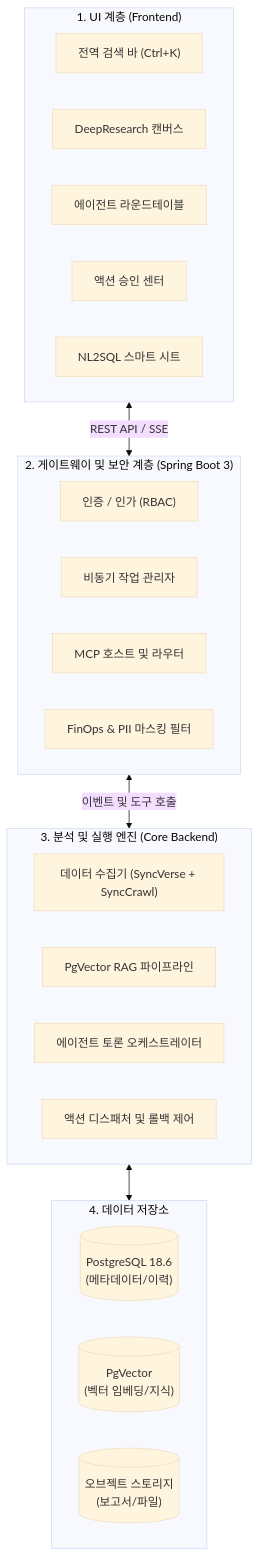
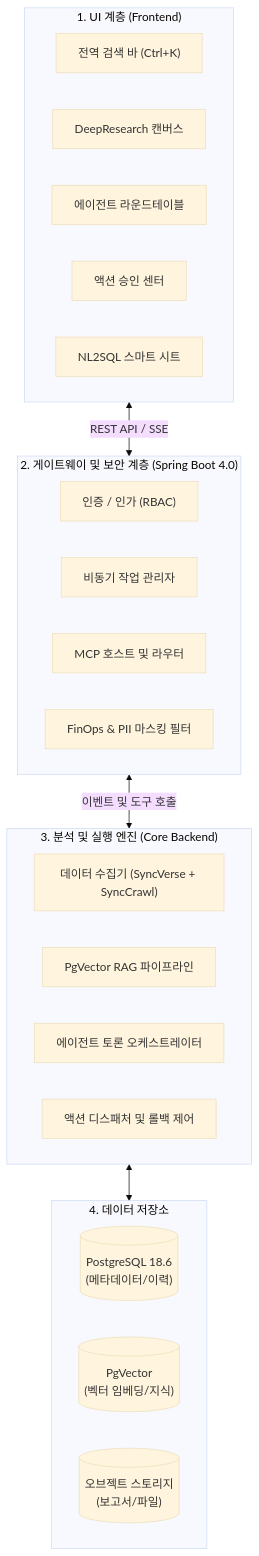
One commit to DramaticCollaboration/doc.github.io changed the second of 2 diagrams in ko/syncinsight/index.md. Above: the diagram before and after it, drawn with Mermaid (base theme). The commit also changed 45 other files, not shown here.

````diff
--- a/ko/syncinsight/index.md
+++ b/ko/syncinsight/index.md
@@ -73,34 +73,34 @@
 ```mermaid
 flowchart TB
     subgraph UI_Layer ["1. UI 계층 (Frontend)"]
         UI1["전역 검색 바 (Ctrl+K)"]
         UI2["DeepResearch 캔버스"]
         UI3["에이전트 라운드테이블"]
         UI4["액션 승인 센터"]
         UI5["NL2SQL 스마트 시트"]
     end
 
-    subgraph Gateway_Layer ["2. 게이트웨이 및 보안 계층 (Spring Boot 3)"]
+    subgraph Gateway_Layer ["2. 게이트웨이 및 보안 계층 (Spring Boot 4.0)"]
         GW1["인증 / 인가 (RBAC)"]
         GW2["비동기 작업 관리자"]
         GW3["MCP 호스트 및 라우터"]
         GW4["FinOps & PII 마스킹 필터"]
     end
 
     subgraph Core_Layer ["3. 분석 및 실행 엔진 (Core Backend)"]
         CE1["데이터 수집기 (SyncVerse + SyncCrawl)"]
         CE2["PgVector RAG 파이프라인"]
         CE3["에이전트 토론 오케스트레이터"]
         CE4["액션 디스패처 및 롤백 제어"]
     end
 
     subgraph DB_Layer ["4. 데이터 저장소"]
         DB1[("PostgreSQL 18.6\n(메타데이터/이력)")]
         DB2[("PgVector\n(벡터 임베딩/지식)")]
         DB3[("오브젝트 스토리지\n(보고서/파일)")]
     end
 
     UI_Layer <-->|REST API / SSE| Gateway_Layer
     Gateway_Layer <-->|이벤트 및 도구 호출| Core_Layer
     Core_Layer <--> DB_Layer
 ```
````
